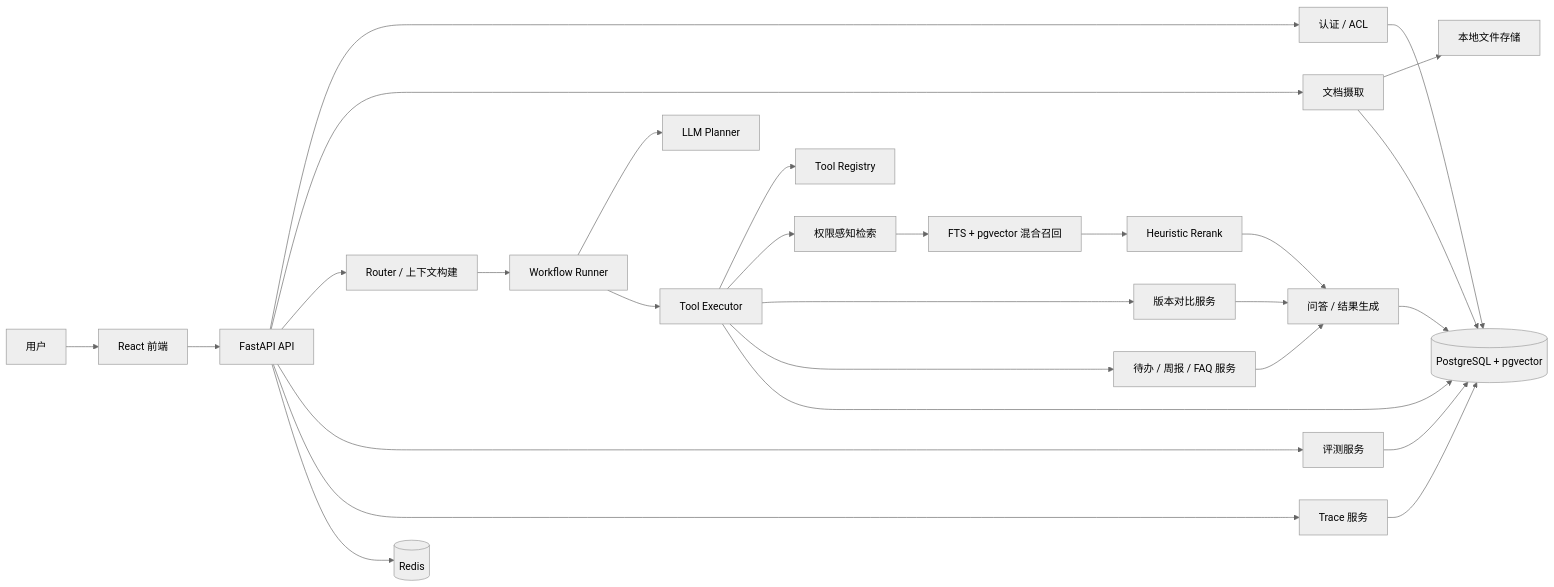
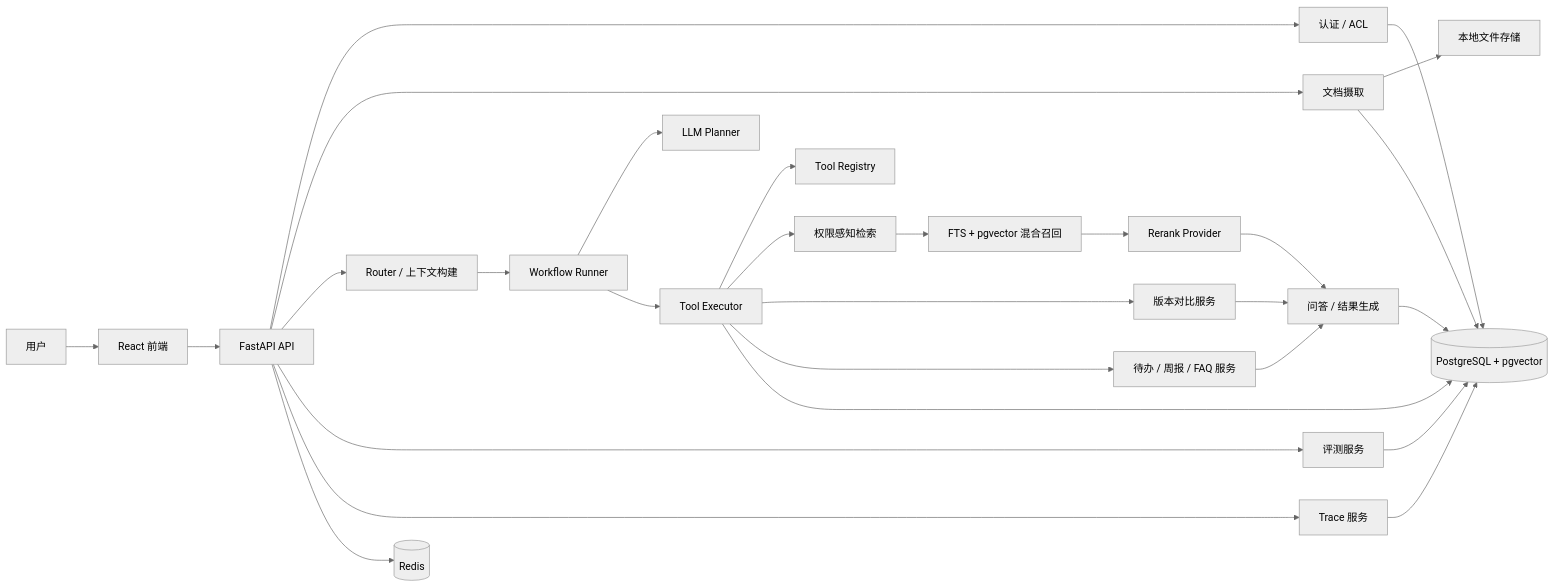
Before and after one commit to lgloq/doc_helper: the diagram in README.md, drawn with Mermaid (neutral theme). The commit also changed other lines of this file and 2 other files, not shown here.

````diff
--- a/README.md
+++ b/README.md
@@ -70,31 +70,31 @@
 ```mermaid
 %%{init: {'flowchart': {'curve': 'basis'}}}%%
 flowchart LR
     U["用户"] --> FE["React 前端"]
     FE --> API["FastAPI API"]
     API --> AUTH["认证 / ACL"]
     API --> INGEST["文档摄取"]
     API --> ROUTER["Router / 上下文构建"]
     ROUTER --> RUNNER["Workflow Runner"]
     RUNNER --> PLANNER["LLM Planner"]
     RUNNER --> EXEC["Tool Executor"]
     EXEC --> REG["Tool Registry"]
     EXEC --> SEARCH["权限感知检索"]
     SEARCH --> HYBRID["FTS + pgvector 混合召回"]
-    HYBRID --> RERANK["Heuristic Rerank"]
+    HYBRID --> RERANK["Rerank Provider"]
     EXEC --> DIFF["版本对比服务"]
     EXEC --> TASKS["待办 / 周报 / FAQ 服务"]
     RERANK --> ANSWER["问答 / 结果生成"]
     DIFF --> ANSWER
     TASKS --> ANSWER
     API --> EVAL["评测服务"]
     API --> OBS["Trace 服务"]
     AUTH --> PG[("PostgreSQL + pgvector")]
     INGEST --> FILES["本地文件存储"]
     INGEST --> PG
     EXEC --> PG
     ANSWER --> PG
     EVAL --> PG
     OBS --> PG
     API --> REDIS[("Redis")]
 ```
````
